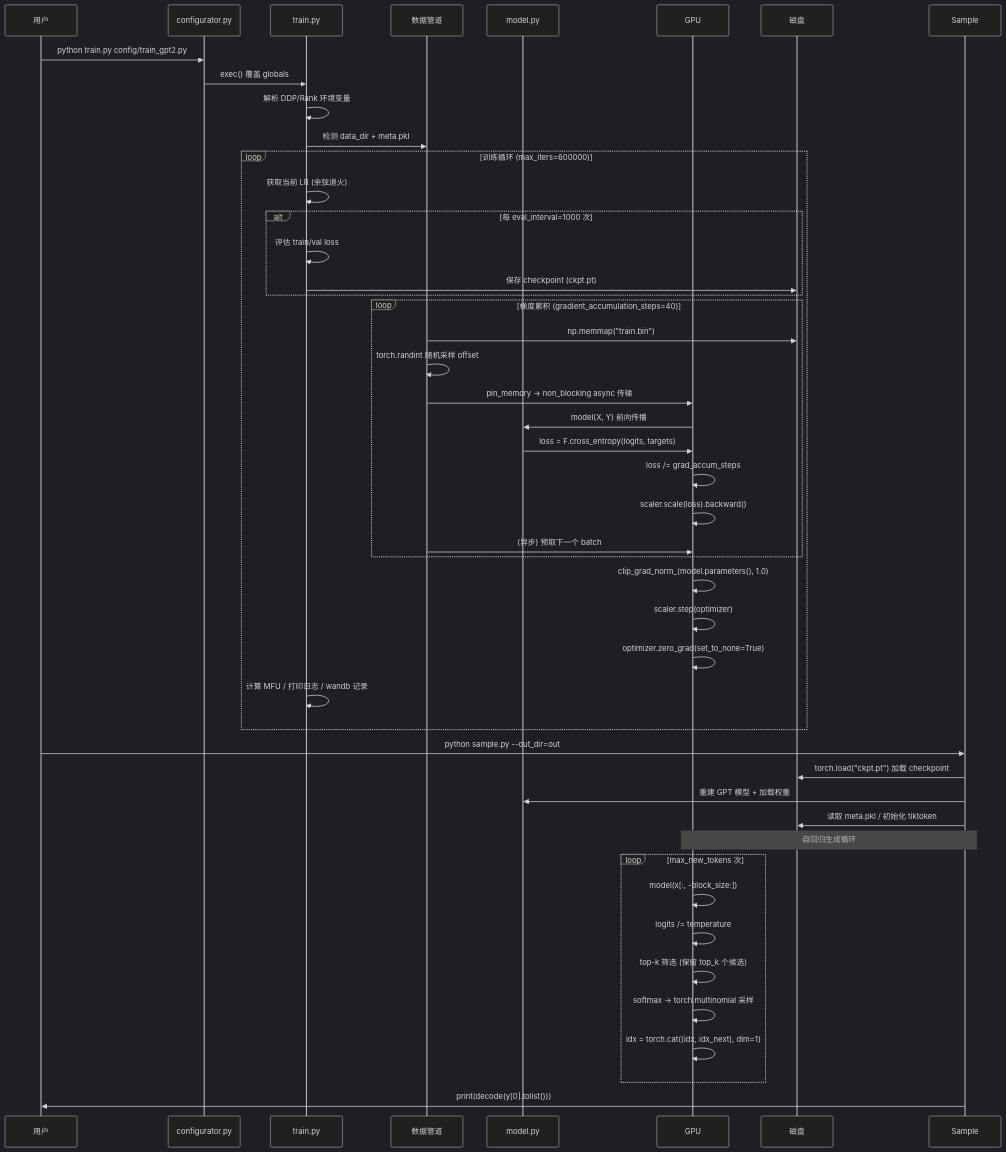
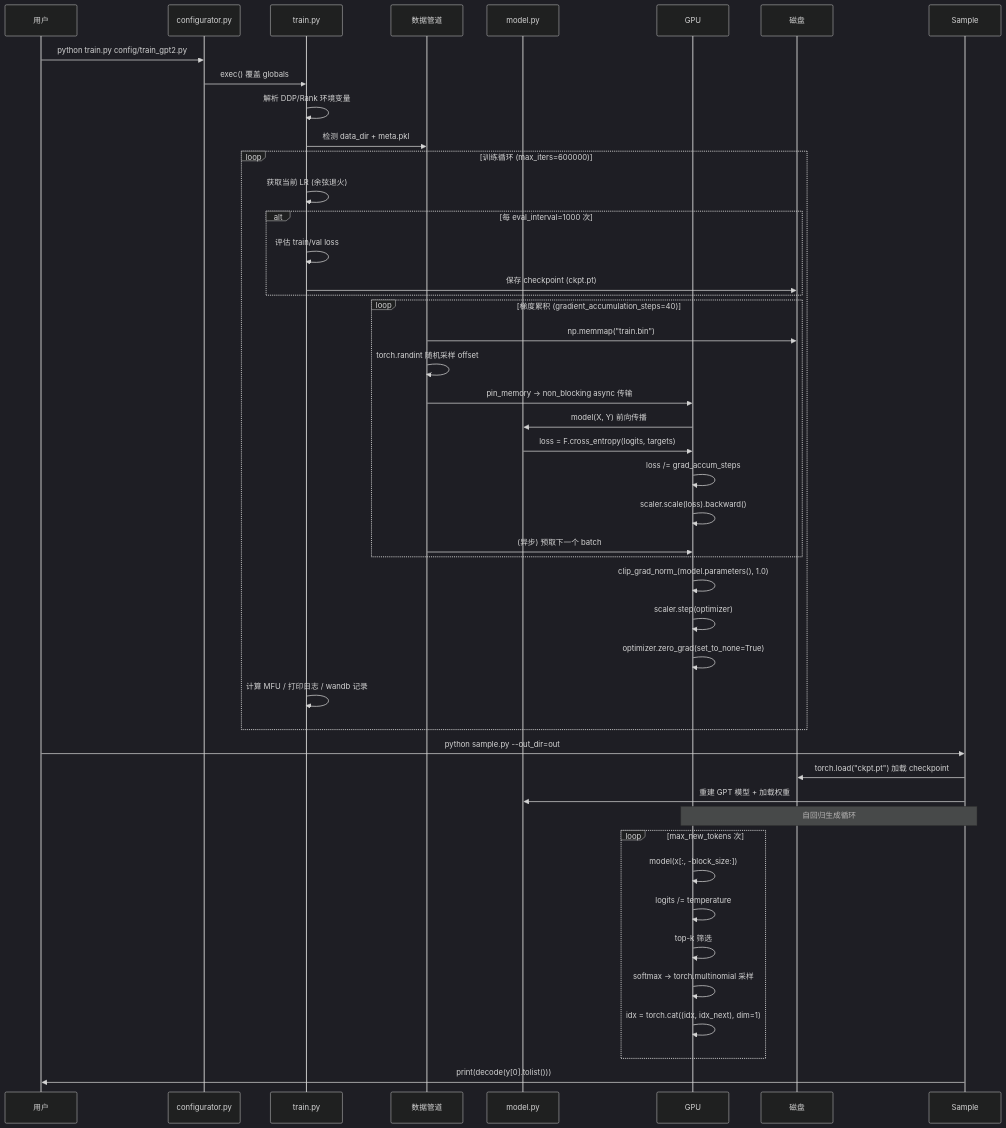
The second of 2 diagrams in analyses/nanogpt/README.md (wangbinyq/opensource-arch), drawn with Mermaid (dark theme) before and after one commit. The commit also changed other lines of this file and 8 other files, not shown here.

````diff
--- a/analyses/nanogpt/README.md
+++ b/analyses/nanogpt/README.md
@@ -630,57 +165,56 @@
 ```mermaid
 sequenceDiagram
     participant User as 用户
     participant Config as configurator.py
     participant Train as train.py
     participant Data as 数据管道
     participant Model as model.py
     participant GPU as GPU
     participant Disk as 磁盘
     
     User->>Config: python train.py config/train_gpt2.py
     Config->>Train: exec() 覆盖 globals
     Train->>Train: 解析 DDP/Rank 环境变量
     Train->>Data: 检测 data_dir + meta.pkl
     
     loop 训练循环 (max_iters=600000)
         Train->>Train: 获取当前 LR (余弦退火)
         
         alt 每 eval_interval=1000 次
             Train->>Train: 评估 train/val loss
             Train->>Disk: 保存 checkpoint (ckpt.pt)
         end
         
         loop 梯度累积 (gradient_accumulation_steps=40)
             Data->>Disk: np.memmap("train.bin")
             Data->>Data: torch.randint 随机采样 offset
             Data->>GPU: pin_memory → non_blocking async 传输
             GPU->>Model: model(X, Y) 前向传播
             Model->>GPU: loss = F.cross_entropy(logits, targets)
             GPU->>GPU: loss /= grad_accum_steps
             GPU->>GPU: scaler.scale(loss).backward()
             Data->>GPU: (异步) 预取下一个 batch
         end
         
         GPU->>GPU: clip_grad_norm_(model.parameters(), 1.0)
         GPU->>GPU: scaler.step(optimizer)
         GPU->>GPU: optimizer.zero_grad(set_to_none=True)
         
         Train->>Train: 计算 MFU / 打印日志 / wandb 记录
     end
     
     User->>Sample: python sample.py --out_dir=out
     Sample->>Disk: torch.load("ckpt.pt") 加载 checkpoint
     Sample->>Model: 重建 GPT 模型 + 加载权重
-    Sample->>Disk: 读取 meta.pkl / 初始化 tiktoken
     
     Note over Sample,GPU: 自回归生成循环
     loop max_new_tokens 次
         GPU->>GPU: model(x[:, -block_size:]) 
         GPU->>GPU: logits /= temperature
-        GPU->>GPU: top-k 筛选 (保留 top_k 个候选)
+        GPU->>GPU: top-k 筛选
         GPU->>GPU: softmax → torch.multinomial 采样
         GPU->>GPU: idx = torch.cat((idx, idx_next), dim=1)
     end
     
     Sample->>User: print(decode(y[0].tolist()))
 ```
````
